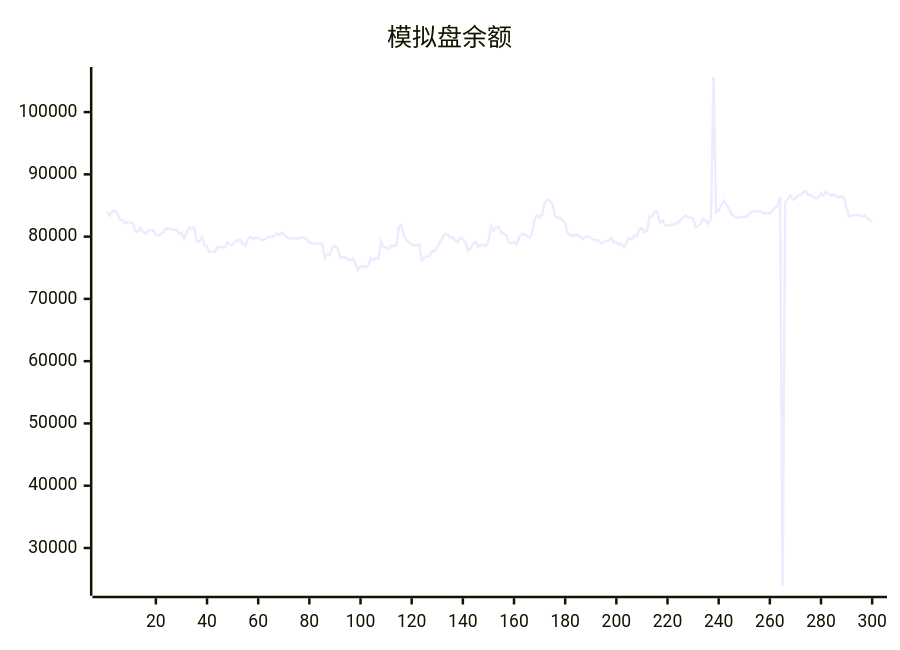
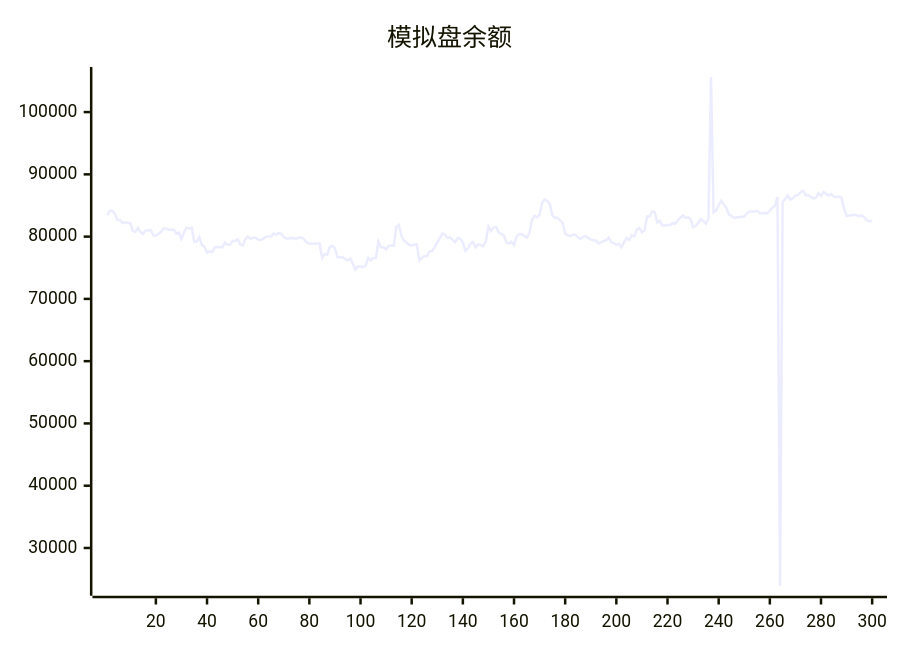
One commit to aahl/ai-trading changed the diagram in README.md. Above: the diagram before and after it, drawn with Mermaid. The commit also changed other lines of this file and 1 other file, not shown here.

````diff
--- a/README.md
+++ b/README.md
@@ -5,5 +5,5 @@
 ```mermaid
 xychart
     title "模拟盘余额"
-    line [84037,83402,84160,84142,83652,82655,82655,82145,82315,82243,82163,80934,80770,81371,80742,80468,80989,80989,81067,80191,80155,80450,80737,81309,81309,81106,81119,81119,80471,80631,79624,80670,81448,81290,81429,79212,79222,79940,78643,78380,77432,77623,77504,78235,78358,78284,78277,79048,78714,78714,79290,79308,79567,78763,78563,79603,79988,79652,79813,79813,79476,79469,79673,79995,80015,80015,80486,80314,80600,80436,79966,79689,79689,79819,79692,79692,79850,79850,79518,79071,78889,78850,78850,78878,78878,76554,77202,77103,78357,78510,78106,76678,76677,76672,76411,76159,76485,75656,74695,75197,75246,75052,75334,76564,76179,76553,76551,79196,78300,78300,77944,78531,78531,78521,81564,81884,80160,79335,79055,78675,78580,78708,78764,76179,76586,76902,76876,77658,77669,78346,79023,79769,80497,80366,79761,79896,79448,79126,79749,79658,79097,77695,78114,78888,79126,78249,78738,78653,78478,79271,81680,80923,81488,81527,80681,80455,80190,79084,78879,79193,78686,79954,80403,80374,80118,79848,80491,82665,83351,83098,83525,85430,85983,85737,85221,83378,83014,83043,82613,82216,80477,80208,80081,80348,80277,79894,79670,79965,80093,79786,79542,79406,79371,78893,79087,79304,79406,79841,79072,78978,78696,78846,78272,79085,79787,79442,80198,80031,81120,81379,80718,80985,83214,83212,83993,83921,82270,82547,81776,81776,81866,81866,82158,82061,82596,83000,83408,83041,83050,82858,81503,81691,82188,82812,82517,82092,82901,105633,83898,84180,85030,85781,85178,84604,83569,83298,83008,83093,83107,83175,83228,83729,84025,84017,84019,84177,83775,83762,83785,83738,84160,84639,84939,86370,23934,85548,86046,86599,85942,86161,86622,86664,87115,87369,86666,86685,86384,86152,86243,86969,86548,87164,86885,86566,86809,86427,86348,86417,86273,84538,83299,83369,83430,83490,83404,83270,83362,83056,82605,82459]
+    line [83402,84160,84142,83652,82655,82655,82145,82315,82243,82163,80934,80770,81371,80742,80468,80989,80989,81067,80191,80155,80450,80737,81309,81309,81106,81119,81119,80471,80631,79624,80670,81448,81290,81429,79212,79222,79940,78643,78380,77432,77623,77504,78235,78358,78284,78277,79048,78714,78714,79290,79308,79567,78763,78563,79603,79988,79652,79813,79813,79476,79469,79673,79995,80015,80015,80486,80314,80600,80436,79966,79689,79689,79819,79692,79692,79850,79850,79518,79071,78889,78850,78850,78878,78878,76554,77202,77103,78357,78510,78106,76678,76677,76672,76411,76159,76485,75656,74695,75197,75246,75052,75334,76564,76179,76553,76551,79196,78300,78300,77944,78531,78531,78521,81564,81884,80160,79335,79055,78675,78580,78708,78764,76179,76586,76902,76876,77658,77669,78346,79023,79769,80497,80366,79761,79896,79448,79126,79749,79658,79097,77695,78114,78888,79126,78249,78738,78653,78478,79271,81680,80923,81488,81527,80681,80455,80190,79084,78879,79193,78686,79954,80403,80374,80118,79848,80491,82665,83351,83098,83525,85430,85983,85737,85221,83378,83014,83043,82613,82216,80477,80208,80081,80348,80277,79894,79670,79965,80093,79786,79542,79406,79371,78893,79087,79304,79406,79841,79072,78978,78696,78846,78272,79085,79787,79442,80198,80031,81120,81379,80718,80985,83214,83212,83993,83921,82270,82547,81776,81776,81866,81866,82158,82061,82596,83000,83408,83041,83050,82858,81503,81691,82188,82812,82517,82092,82901,105633,83898,84180,85030,85781,85178,84604,83569,83298,83008,83093,83107,83175,83228,83729,84025,84017,84019,84177,83775,83762,83785,83738,84160,84639,84939,86370,23934,85548,86046,86599,85942,86161,86622,86664,87115,87369,86666,86685,86384,86152,86243,86969,86548,87164,86885,86566,86809,86427,86348,86417,86273,84538,83299,83369,83430,83490,83404,83270,83362,83056,82605,82459,82614]
 ```
````
